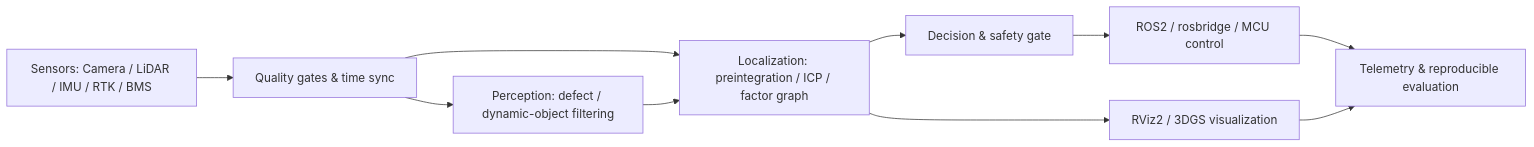
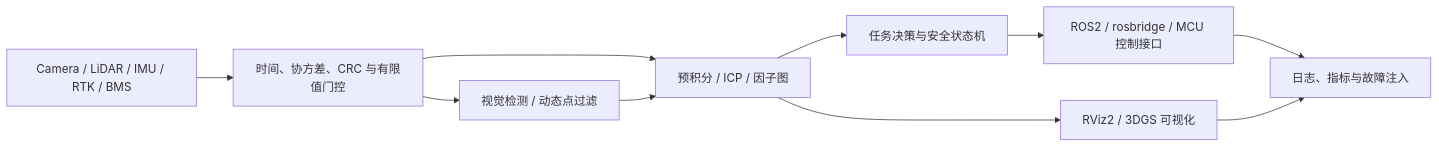
One commit to lemonbaby2/-123 changed the diagram in README.md. Above: the diagram before and after it, drawn with Mermaid. The commit also changed other lines of this file and 79 other files, not shown here.

````diff
--- a/README.md
+++ b/README.md
@@ -54,12 +90,12 @@
 ```mermaid
 flowchart LR
-  S["Sensors: Camera / LiDAR / IMU / RTK / BMS"] --> Q["Quality gates & time sync"]
-  Q --> P["Perception: defect / dynamic-object filtering"]
-  Q --> L["Localization: preintegration / ICP / factor graph"]
+  S["Camera / LiDAR / IMU / RTK / BMS"] --> Q["时间、协方差、CRC 与有限值门控"]
+  Q --> P["视觉检测 / 动态点过滤"]
+  Q --> L["预积分 / ICP / 因子图"]
   P --> L
-  L --> D["Decision & safety gate"]
-  D --> C["ROS2 / rosbridge / MCU control"]
-  L --> V["RViz2 / 3DGS visualization"]
-  C --> O["Telemetry & reproducible evaluation"]
-  V --> O
+  L --> D["任务决策与安全状态机"]
+  D --> C["ROS2 / rosbridge / MCU 控制接口"]
+  L --> V["RViz2 / 3DGS 可视化"]
+  C --> E["日志、指标与故障注入"]
+  V --> E
 ```
````
